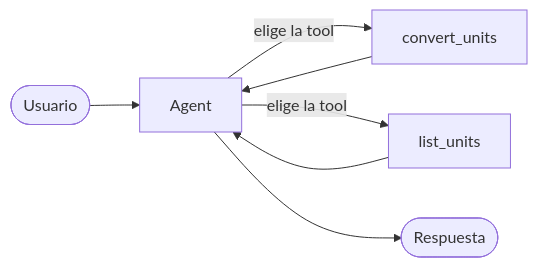
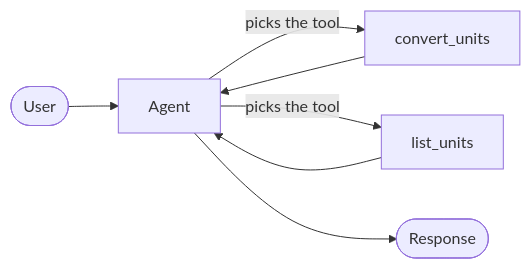
Before and after one commit to eider404/agent-architectures: the diagram in strands-agents/01-basic-tool-agent/README.md, drawn with Mermaid. The commit also changed other lines of this file and 13 other files, not shown here.

````diff
--- a/strands-agents/01-basic-tool-agent/README.md
+++ b/strands-agents/01-basic-tool-agent/README.md
@@ -12,9 +12,9 @@
 ```mermaid
 flowchart LR
-    U([Usuario]) --> A[Agent]
-    A -->|elige la tool| T1["convert_units"]
-    A -->|elige la tool| T2["list_units"]
+    U([User]) --> A[Agent]
+    A -->|picks the tool| T1["convert_units"]
+    A -->|picks the tool| T2["list_units"]
     T1 --> A
     T2 --> A
-    A --> R([Respuesta])
+    A --> R([Response])
 ```
````
